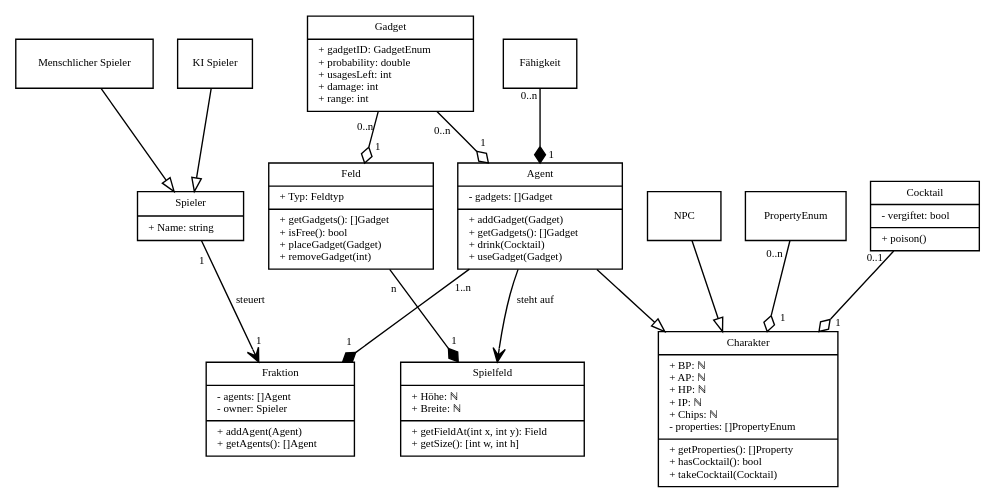
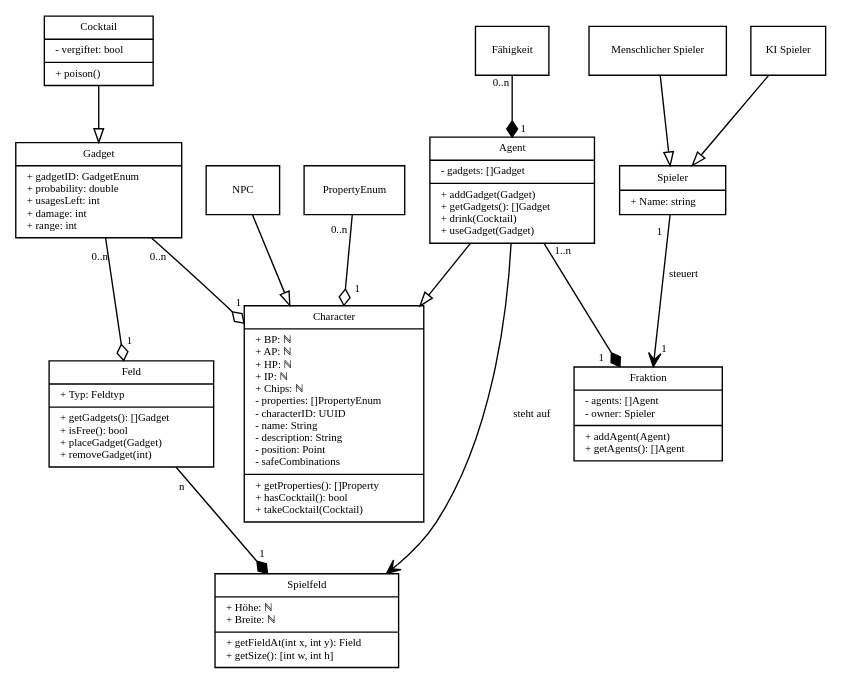
Before and after one commit to SoPra-Team-17/Meilensteine: the diagram in Meilenstein06/model_overview.dot, drawn with Graphviz.

Commit message:
align character with standard

```diff
--- a/Meilenstein06/model_overview.dot
+++ b/Meilenstein06/model_overview.dot
@@ -1,119 +1,116 @@
 digraph G {
     // General Layout
     fontname = "Bitstream Vera Sans"
     fontsize = 8
 
     node [
         fontname = "Bitstream Vera Sans"
         fontsize = 8
         shape = "record"
     ]
 
     edge [
         fontname = "Bitstream Vera Sans"
         fontsize = 8
         arrowhead = "onormal"
         labeldistance = 1.5
     ]
 
     // Classes
     Spieler [
         label = "{Spieler|+ Name: string\l}"
     ]
     KISpieler [
         label = "{KI Spieler}"
     ]
     MenschlicherSpieler [
         label = "{Menschlicher Spieler}"
     ]
     Spielfeld [
         label = "{Spielfeld|+ Höhe: ℕ\l+ Breite: ℕ\l|+ getFieldAt(int x, int y): Field\l+ getSize(): [int w, int h]\l}"
     ]
     Feld [
         label = "{Feld|+ Typ: Feldtyp\l|+ getGadgets(): []Gadget\l+ isFree(): bool\l+ placeGadget(Gadget)\l+ removeGadget(int)\l}"
     ]
-    Charakter [
-        label = "{Charakter|+ BP: ℕ\l+ AP: ℕ\l+ HP: ℕ\l+ IP: ℕ\l+ Chips: ℕ\l- properties: []PropertyEnum\l|+ getProperties(): []Property\l+ hasCocktail(): bool\l+ takeCocktail(Cocktail)\l}"
+    Character [
+        label = "{Character|+ BP: ℕ\l+ AP: ℕ\l+ HP: ℕ\l+ IP: ℕ\l+ Chips: ℕ\l- properties: []PropertyEnum\l- characterID: UUID\l- name: String\l- description: String\l- position: Point\l- safeCombinations\l|+ getProperties(): []Property\l+ hasCocktail(): bool\l+ takeCocktail(Cocktail)\l}"
     ]
     Agent [
         label = "{Agent|- gadgets: []Gadget\l|+ addGadget(Gadget)\l+ getGadgets(): []Gadget\l+ drink(Cocktail)\l+ useGadget(Gadget)\l}"
     ]
 
     NPC
     Gadget [
         label = "{Gadget|+ gadgetID: GadgetEnum\l+ probability: double\l+ usagesLeft: int\l+ damage: int\l+ range: int\l}"
     ]
     Fähigkeit
     Fraktion [
         label = "{Fraktion|- agents: []Agent\l- owner: Spieler\l|+ addAgent(Agent)\l+ getAgents(): []Agent\l}"
     ]
 
     PropertyEnum
     Cocktail [
         label = "{Cocktail|- vergiftet: bool\l|+ poison()\l}"
     ]
 
     // Inheritance
-    Agent -> Charakter
-    NPC -> Charakter
+    Agent -> Character
+    NPC -> Character
     KISpieler -> Spieler
     MenschlicherSpieler -> Spieler
+    Cocktail -> Gadget
 
     // Aggregations
     edge [
         arrowhead = "odiamond"
     ]
-    Gadget -> Agent [
+    Gadget -> Character [
         taillabel = "0..n"
         headlabel = "1"
 	labeldistance=1.5
 	labelangle=-30
     ]
     Gadget -> Feld [
         taillabel = "0..n"
         headlabel = "1"
     ]
-    PropertyEnum -> Charakter [
+    PropertyEnum -> Character [
         taillabel = "0..n"
         headlabel = "1"
 	labelangle=-35
-    ]
-    Cocktail -> Charakter [
-        taillabel = "0..1"
-        headlabel = "1"
     ]
 
     // Compositions
     edge [
         arrowhead = "diamond"
     ]
     Feld -> Spielfeld [
         headlabel = "1"
         taillabel = "n"
     ]
     Agent -> Fraktion [
         taillabel = "1..n"
         headlabel = "1"
 	labelangle=35
     ]
     Fähigkeit -> Agent [
         taillabel = "0..n"
         headlabel = "1"
 	labeldistance=1
 	labelangle=-55
     ]
 
     // Normal Arrows
     edge [
         arrowhead = "vee"
     ]
     Agent -> Spielfeld [
         label = "steht auf"
     ]
 
     Spieler -> Fraktion [
         label = "steuert"
         taillabel = "1"
         headlabel = "1"
     ]
 }
```
